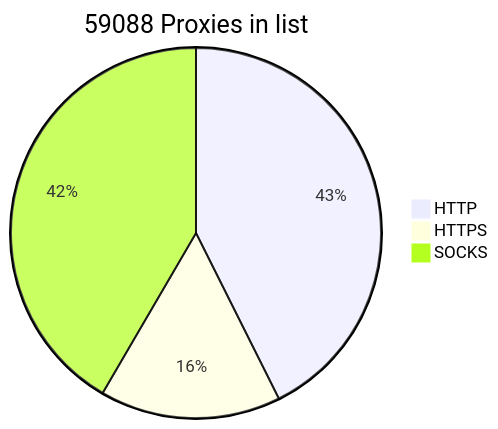
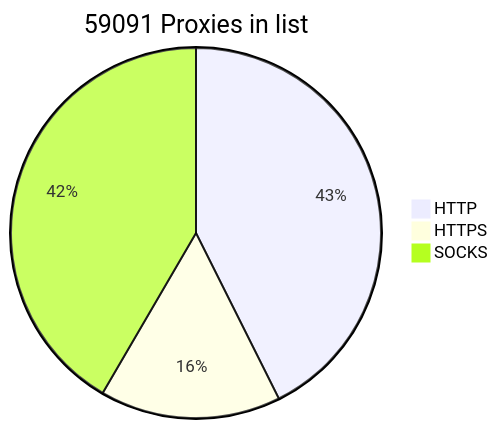
The diagram in README.md (BlackSnowDot/proxylist-update-every-minute), drawn with Mermaid before and after one commit.

````diff
--- a/README.md
+++ b/README.md
@@ -2,6 +2,6 @@
 ```mermaid
-pie title 59088 Proxies in list
+pie title 59091 Proxies in list
     "HTTP" : 28761
     "HTTPS": 10656
-    "SOCKS" : 28071
+    "SOCKS" : 28074
 ```
````
